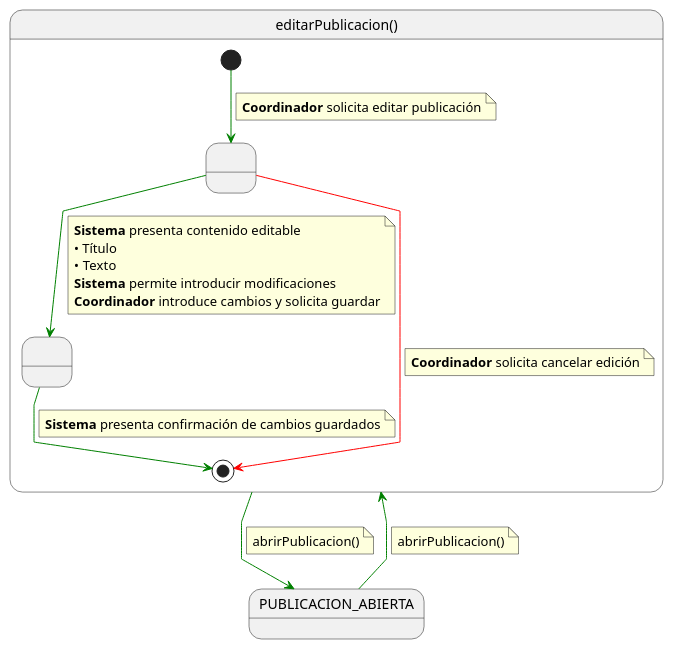
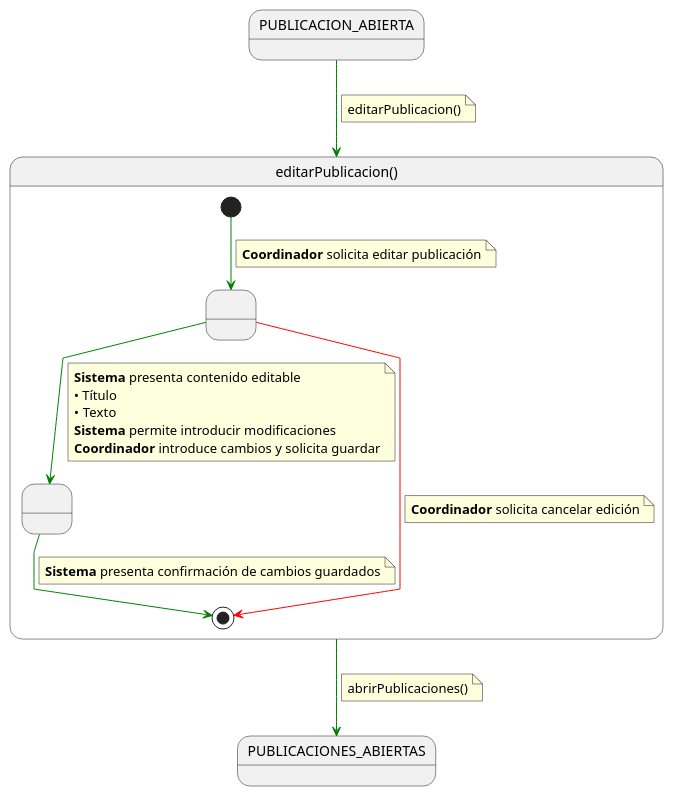
One commit to 31Diego/25-26-IdSw1-SdR changed the diagram in documentación/CasosDeUso/Detalle/Coordinador/07-publicaciones/editarPublicacion.puml. Above: the diagram before and after it, drawn with PlantUML. The commit also changed 20 other files, not shown here.

```diff
--- a/documentación/CasosDeUso/Detalle/Coordinador/07-publicaciones/editarPublicacion.puml
+++ b/documentación/CasosDeUso/Detalle/Coordinador/07-publicaciones/editarPublicacion.puml
@@ -1,46 +1,52 @@
 @startuml editarPublicacion
 
 skinparam linetype polyline
+
+state in2 as "PUBLICACION_ABIERTA"
+in2 -[#green]-> editarPublicacion
+note on link
+editarPublicacion()
+end note
+
 
 state editarPublicacion as "editarPublicacion()" {
 
     state " " as EditandoContenido
     state " " as CambiosGuardados
 
     [*] -[#green]-> EditandoContenido
     note on link
     <b>Coordinador</b> solicita editar publicación
     end note
 
     EditandoContenido -[#green]-> CambiosGuardados
     note on link
     <b>Sistema</b> presenta contenido editable
     • Título
     • Texto
     <b>Sistema</b> permite introducir modificaciones
     <b>Coordinador</b> introduce cambios y solicita guardar
     end note
 
     EditandoContenido -[#red]-> [*]
     note on link
     <b>Coordinador</b> solicita cancelar edición
     end note
 
     CambiosGuardados -[#green]-> [*]
     note on link
     <b>Sistema</b> presenta confirmación de cambios guardados
     end note
 }
 
 
-PUBLICACION_ABIERTA -[#green]-> editarPublicacion
+editarPublicacion -[#green]-> PUBLICACIONES_ABIERTAS
 note on link
-abrirPublicacion()
+abrirPublicaciones()
 end note
 
-editarPublicacion -[#green]-> PUBLICACION_ABIERTA
-note on link
-abrirPublicacion()
-end note
+
+
+
 
 @enduml
```
